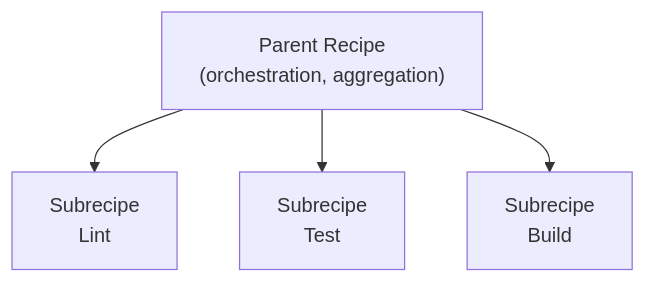
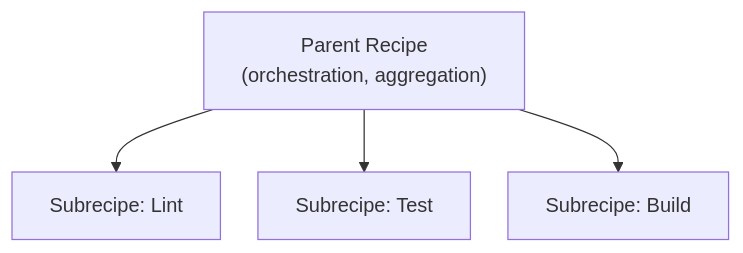
The second of 4 diagrams in docs/papers/agentic-tools/tool-analysis.md (DavideDaniel/research), drawn with Mermaid before and after one commit. The commit also changed other lines of this file, not shown here.

First line of the commit message:
Fix Mermaid diagram text cutoff issues

````diff
--- a/docs/papers/agentic-tools/tool-analysis.md
+++ b/docs/papers/agentic-tools/tool-analysis.md
@@ -179,7 +181,9 @@
 ```mermaid
+%%{init: {'flowchart': {'nodeSpacing': 30, 'rankSpacing': 50}}}%%
 flowchart TD
-    A["Parent Recipe<br/>(orchestration, aggregation)"]
-    A --> B["Subrecipe<br/>Lint"]
-    A --> C["Subrecipe<br/>Test"]
-    A --> D["Subrecipe<br/>Build"]
+    A["Parent Recipe
+    (orchestration, aggregation)"]
+    A --> B["Subrecipe: Lint"]
+    A --> C["Subrecipe: Test"]
+    A --> D["Subrecipe: Build"]
 ```
````
